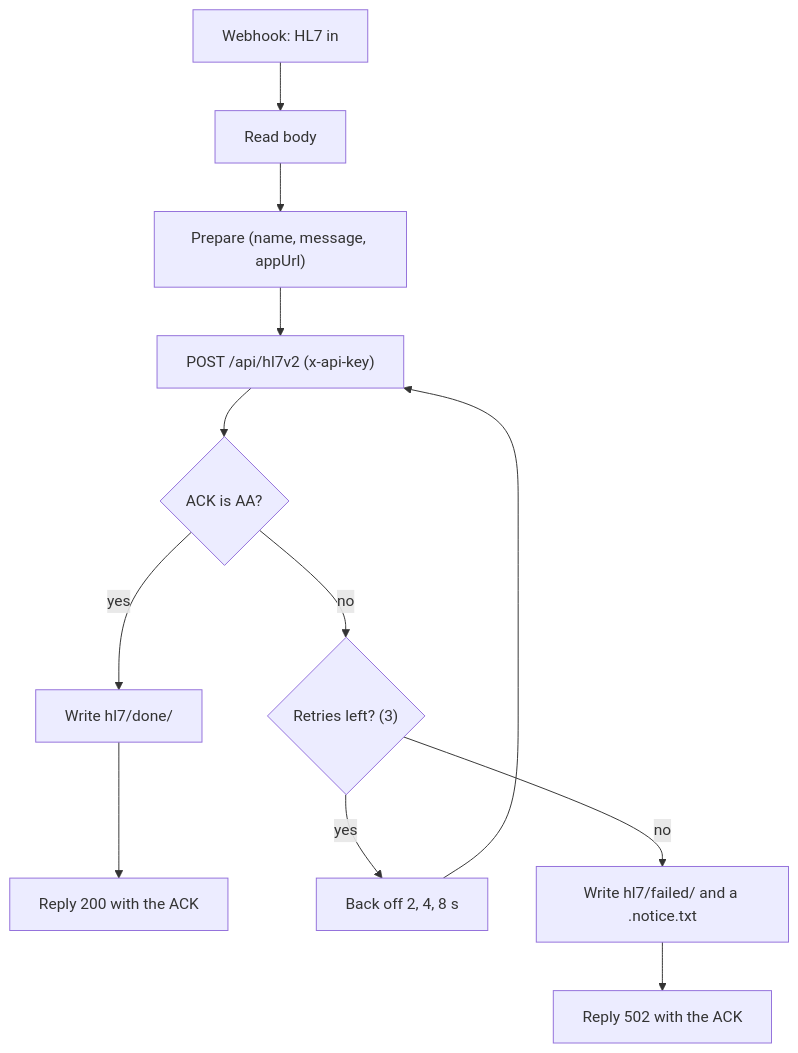
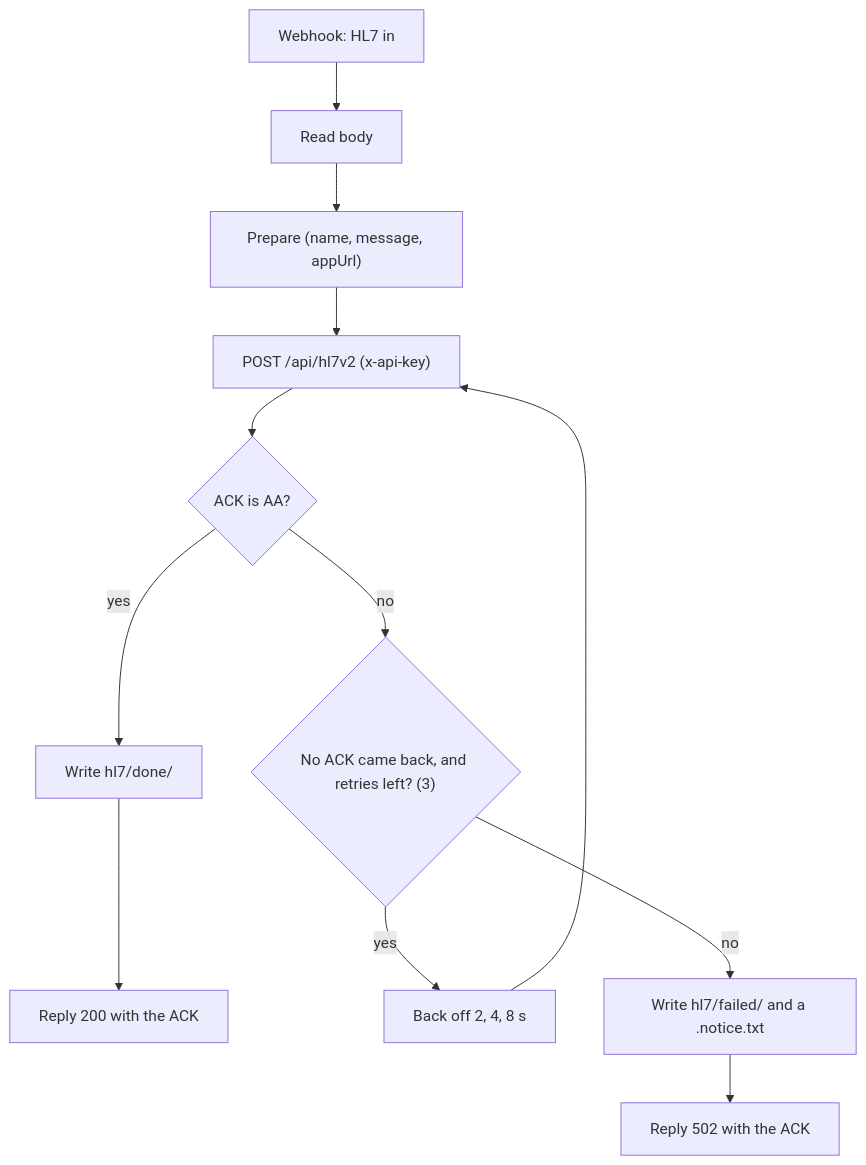
One commit to talhatawsif/cliniq changed the first of 2 diagrams in docs/n8n/README.md. Above: the diagram before and after it, drawn with Mermaid. The commit also changed 4 other files, not shown here.

````diff
--- a/docs/n8n/README.md
+++ b/docs/n8n/README.md
@@ -5,10 +5,10 @@
 ```mermaid
 flowchart TD
   H["Webhook: HL7 in"] --> R["Read body"] --> P["Prepare (name, message, appUrl)"]
   P --> S["POST /api/hl7v2 (x-api-key)"]
   S --> Q{"ACK is AA?"}
   Q -- yes --> D["Write hl7/done/"] --> A["Reply 200 with the ACK"]
-  Q -- no --> T{"Retries left? (3)"}
+  Q -- no --> T{"No ACK came back, and retries left? (3)"}
   T -- yes --> W["Back off 2, 4, 8 s"] --> S
   T -- no --> F["Write hl7/failed/ and a .notice.txt"] --> X["Reply 502 with the ACK"]
 ```
````
